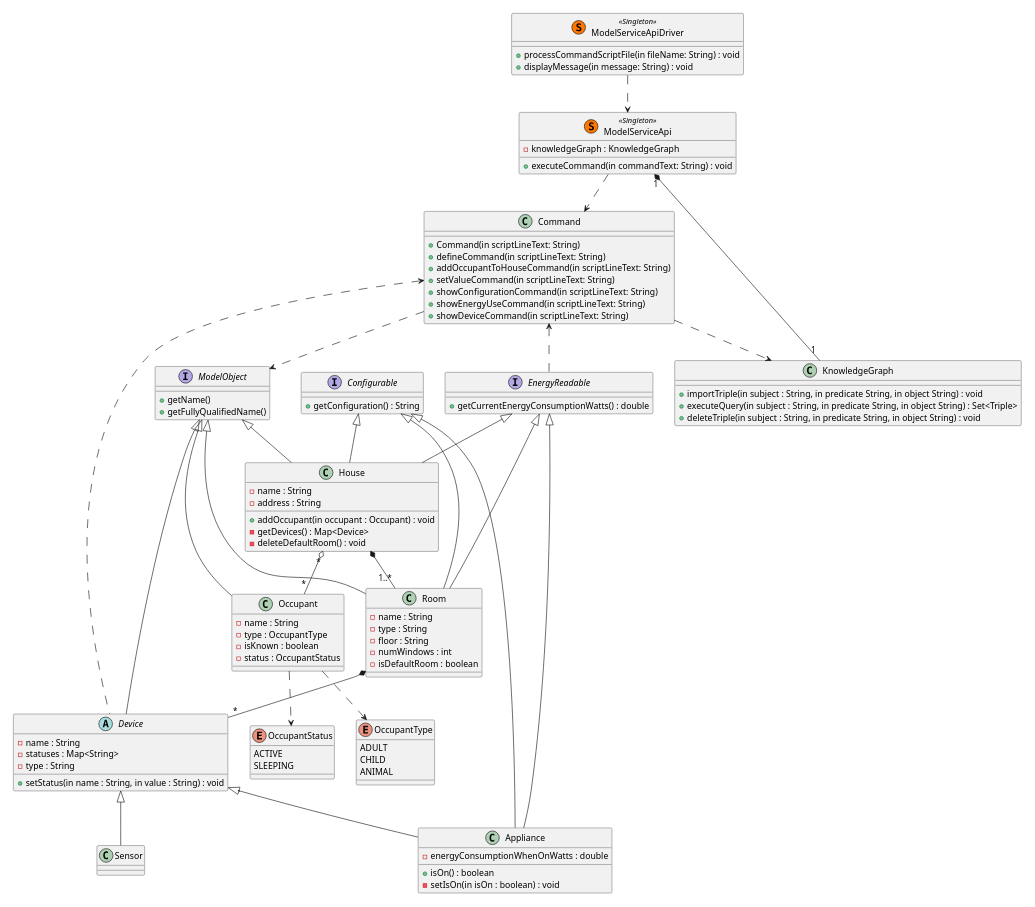
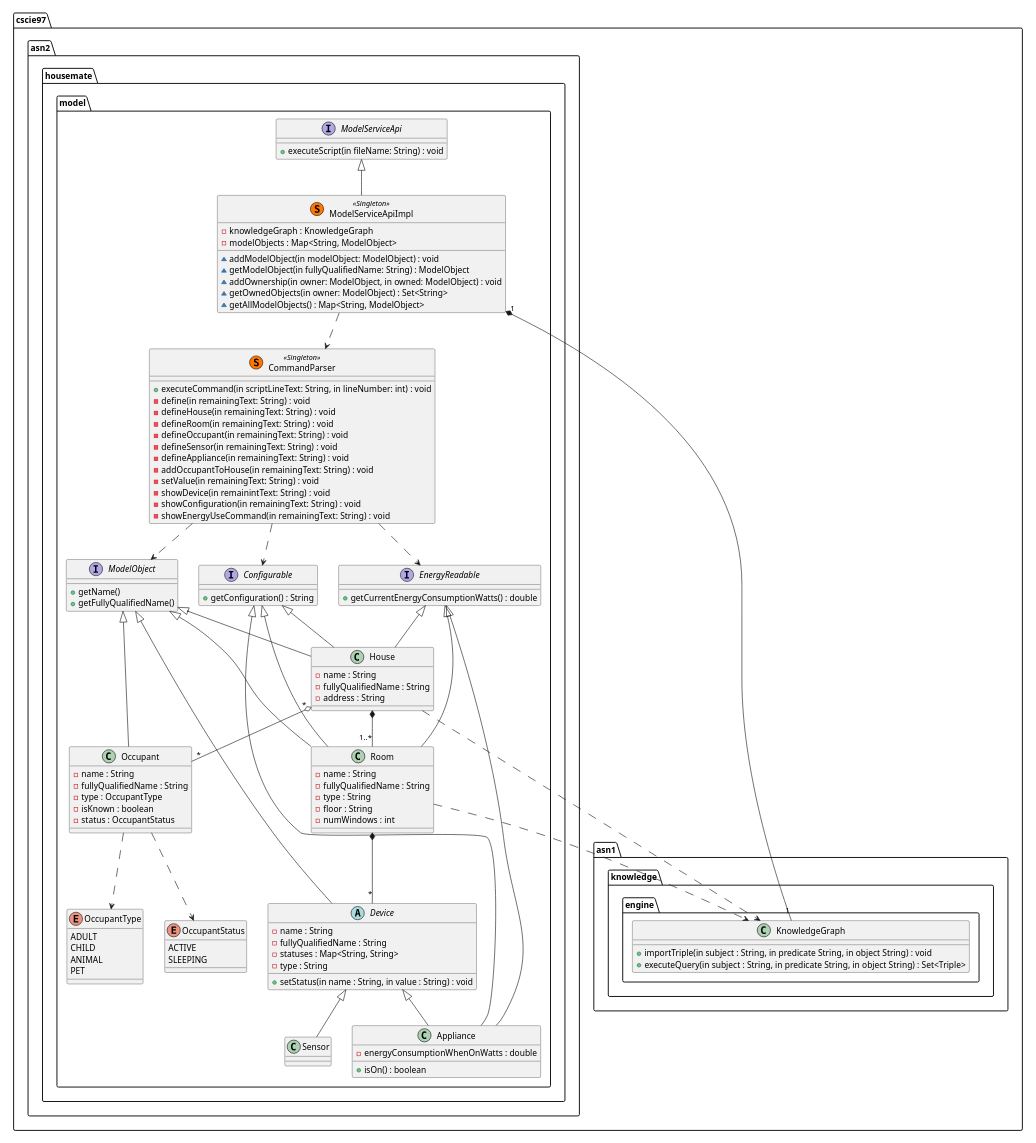
The third of 3 diagrams in cscie97/asn2/Design.md (erikorlowski/cscie97), drawn with PlantUML before and after one commit. The commit also changed other lines of this file and 15 other files, not shown here.

```diff
--- a/cscie97/asn2/Design.md
+++ b/cscie97/asn2/Design.md
@@ -267,24 +261,35 @@
 @startuml
 scale max 800 width
 
-class ModelServiceApiDriver << (S,#FF7700) Singleton >> {
-    + processCommandScriptFile(in fileName: String) : void
-    + displayMessage(in message: String) : void
+package cscie97.asn2.housemate.model {
+
+interface ModelServiceApi {
+    + executeScript(in fileName: String) : void
 }
 
-class ModelServiceApi << (S,#FF7700) Singleton >> {
+class ModelServiceApiImpl << (S,#FF7700) Singleton >> {
     - knowledgeGraph : KnowledgeGraph
-    + executeCommand(in commandText: String) : void
+    - modelObjects : Map<String, ModelObject>
+    ~ addModelObject(in modelObject: ModelObject) : void
+    ~ getModelObject(in fullyQualifiedName: String) : ModelObject
+    ~ addOwnership(in owner: ModelObject, in owned: ModelObject) : void
+    ~ getOwnedObjects(in owner: ModelObject) : Set<String>
+    ~ getAllModelObjects() : Map<String, ModelObject>
 }
 
-class Command {
-    + Command(in scriptLineText: String)
-    + defineCommand(in scriptLineText: String)
-    + addOccupantToHouseCommand(in scriptLineText: String)
-    + setValueCommand(in scriptLineText: String)
-    + showConfigurationCommand(in scriptLineText: String)
-    + showEnergyUseCommand(in scriptLineText: String)
-    + showDeviceCommand(in scriptLineText: String)
+class CommandParser << (S,#FF7700) Singleton >> {
+    + executeCommand(in scriptLineText: String, in lineNumber: int) : void
+    - define(in remainingText: String) : void
+    - defineHouse(in remainingText: String) : void
+    - defineRoom(in remainingText: String) : void
+    - defineOccupant(in remainingText: String) : void
+    - defineSensor(in remainingText: String) : void
+    - defineAppliance(in remainingText: String) : void
+    - addOccupantToHouse(in remainingText: String) : void
+    - setValue(in remainingText: String) : void
+    - showDevice(in remainintText: String) : void
+    - showConfiguration(in remainingText: String) : void
+    - showEnergyUseCommand(in remainingText: String) : void
 }
 
 interface ModelObject {
@@ -294,22 +299,21 @@
 
 class House {
     - name : String
+    - fullyQualifiedName : String
     - address : String
-    + addOccupant(in occupant : Occupant) : void
-    - getDevices() : Map<Device>
-    - deleteDefaultRoom() : void
 }
 
 class Room {
     - name : String
+    - fullyQualifiedName : String
     - type : String
     - floor : String
     - numWindows : int
-    - isDefaultRoom : boolean
 }
 
 class Occupant {
     - name : String
+    - fullyQualifiedName : String
     - type : OccupantType
     - isKnown : boolean
     - status : OccupantStatus
@@ -317,7 +321,8 @@
 
 abstract Device {
     - name : String
-    - statuses : Map<String>
+    - fullyQualifiedName : String
+    - statuses : Map<String, String>
     - type : String
     + setStatus(in name : String, in value : String) : void
 }
@@ -329,13 +334,13 @@
 class Appliance {
     - energyConsumptionWhenOnWatts : double
     + isOn() : boolean
-    - setIsOn(in isOn : boolean) : void
 }
 
 enum OccupantType {
     ADULT
     CHILD
     ANIMAL
+    PET
 }
 
 enum OccupantStatus {
@@ -350,22 +355,25 @@
 interface Configurable {
     + getConfiguration() : String
 }
+}
 
+package cscie97.asn1.knowledge.engine{
 class KnowledgeGraph {
     + importTriple(in subject : String, in predicate String, in object String) : void
     + executeQuery(in subject : String, in predicate String, in object String) : Set<Triple>
-    + deleteTriple(in subject : String, in predicate String, in object String) : void
+}
 }
 
-ModelServiceApiDriver ..> ModelServiceApi
-ModelServiceApi "1" *-- "1" KnowledgeGraph
-ModelServiceApi ..> Command
-Command ..> KnowledgeGraph
+ModelServiceApi <|-- ModelServiceApiImpl
+ModelServiceApiImpl "1" *-- "1" KnowledgeGraph
+ModelServiceApiImpl ..> CommandParser
 Occupant ..> OccupantType
 Occupant ..> OccupantStatus
-Command ..> ModelObject
-Command <.. Device
-Command <.. EnergyReadable
+CommandParser ..> ModelObject
+CommandParser ..> EnergyReadable
+CommandParser ..> Configurable
+Room ..> KnowledgeGraph
+House ..> KnowledgeGraph
 ModelObject <|-- House
 ModelObject <|-- Room
 ModelObject <|-- Occupant
```
